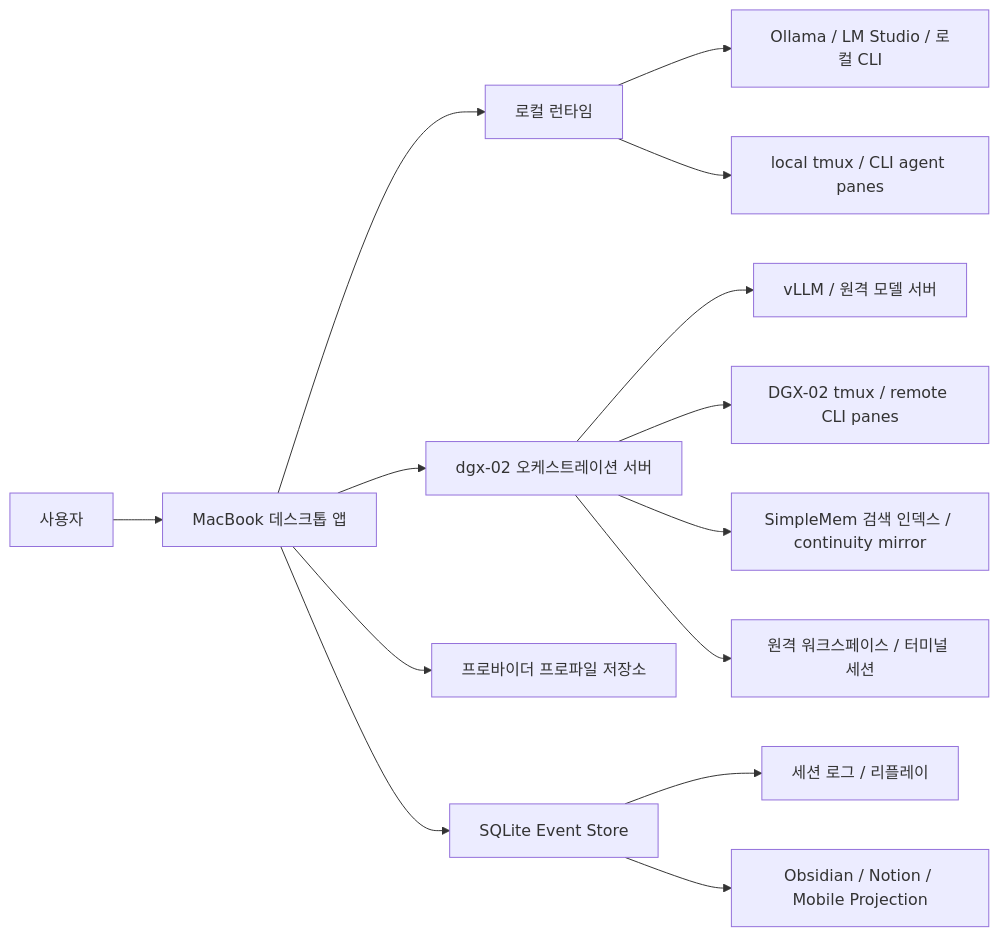
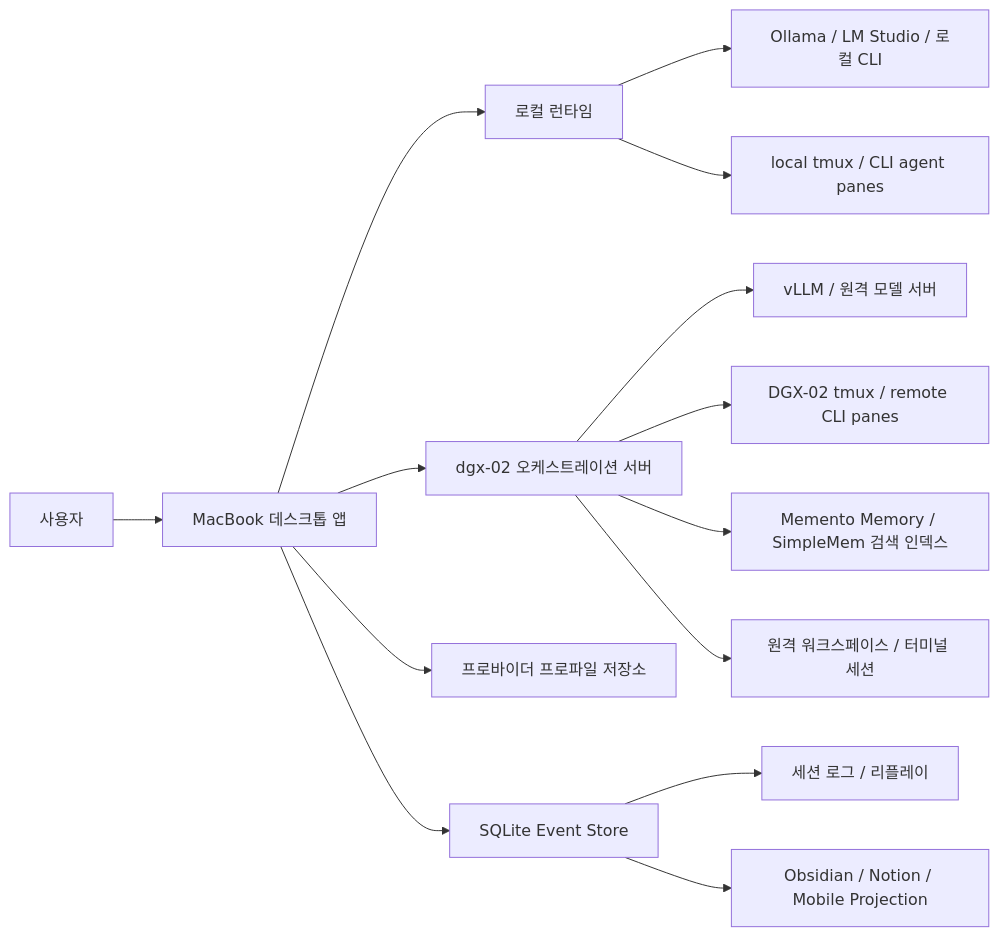
The diagram in docs/01-architecture.md (robin-main-hub/ai-orchestrator-lab), drawn with Mermaid before and after one commit. The commit also changed other lines of this file and 9 other files, not shown here.

Commit message:
docs: restore DGX authority memory model

````diff
--- a/docs/01-architecture.md
+++ b/docs/01-architecture.md
@@ -5,16 +5,16 @@
 ```mermaid
 flowchart LR
   User[사용자] --> Desktop[MacBook 데스크톱 앱]
   Desktop --> LocalRuntime[로컬 런타임]
   Desktop --> DGX[dgx-02 오케스트레이션 서버]
   LocalRuntime --> LocalModels[Ollama / LM Studio / 로컬 CLI]
   LocalRuntime --> LocalTmux[local tmux / CLI agent panes]
   DGX --> RemoteModels[vLLM / 원격 모델 서버]
   DGX --> DgxTmux[DGX-02 tmux / remote CLI panes]
-  DGX --> Memory[SimpleMem 검색 인덱스 / continuity mirror]
+  DGX --> Memory[Memento Memory / SimpleMem 검색 인덱스]
   DGX --> Workspaces[원격 워크스페이스 / 터미널 세션]
   Desktop --> Profiles[프로바이더 프로파일 저장소]
   Desktop --> EventStore[SQLite Event Store]
   EventStore --> Sessions[세션 로그 / 리플레이]
   EventStore --> Exports[Obsidian / Notion / Mobile Projection]
 ```
````
